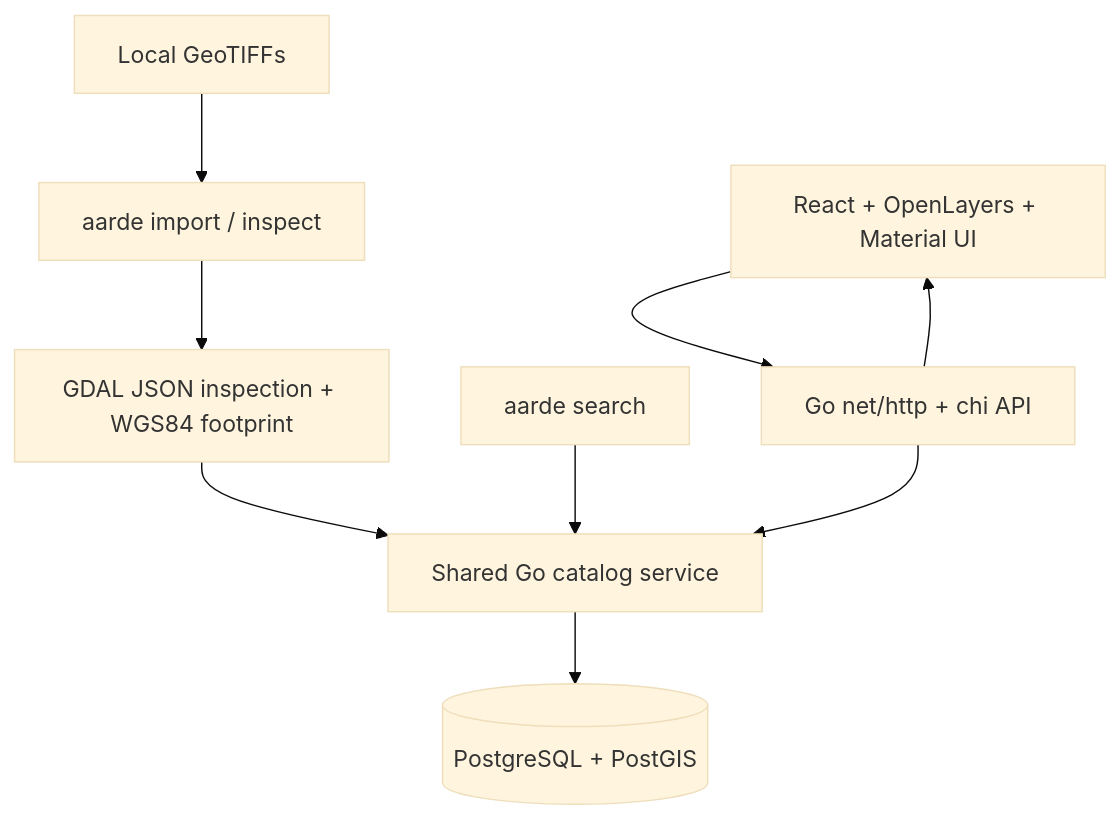
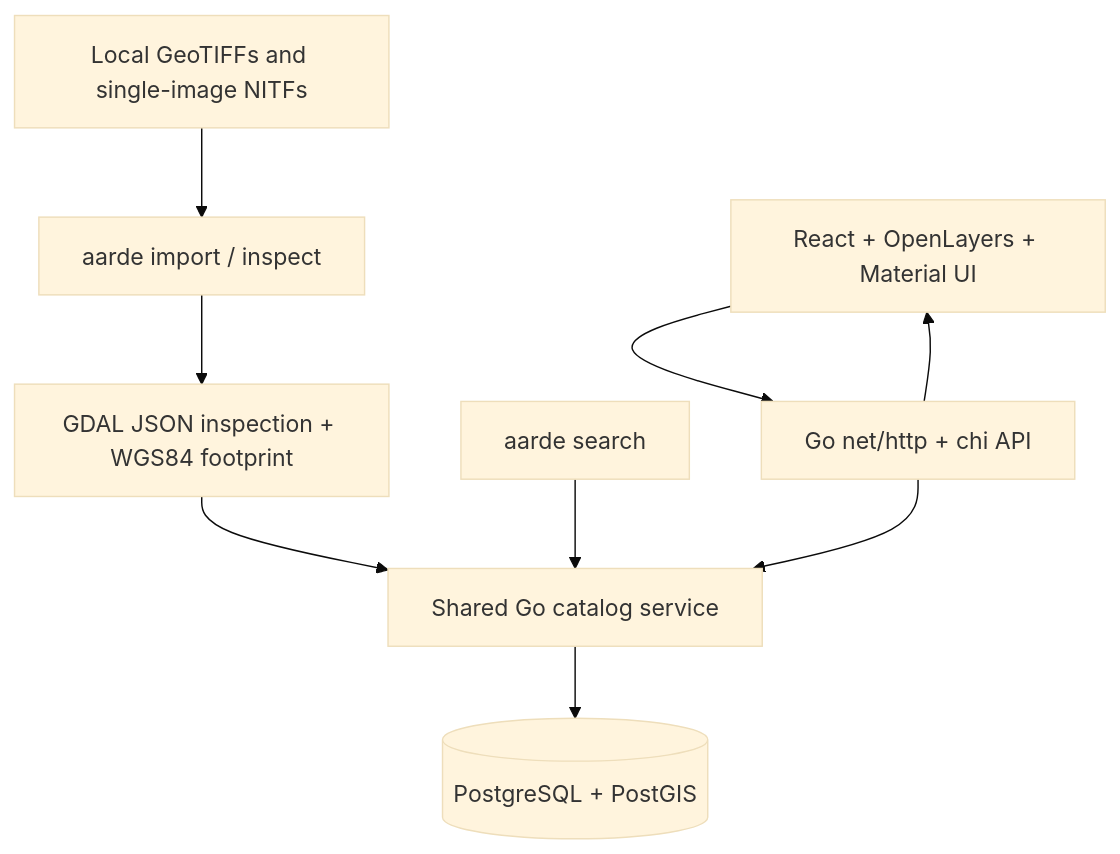
The diagram in README.md (GerhardOfRivia/aarde), drawn with Mermaid (base theme) before and after one commit. The commit also changed other lines of this file and 19 other files, not shown here.

Commit message:
feat: add single image NITF support

````diff
--- a/README.md
+++ b/README.md
@@ -47,11 +47,11 @@
 ```mermaid
 flowchart TD
-    Files[Local GeoTIFFs] --> CLI[aarde import / inspect]
+    Files[Local GeoTIFFs and single-image NITFs] --> CLI[aarde import / inspect]
     CLI --> GDAL[GDAL JSON inspection + WGS84 footprint]
     GDAL --> Catalog[Shared Go catalog service]
     SearchCLI[aarde search] --> Catalog
     UI[React + OpenLayers + Material UI] --> HTTP[Go net/http + chi API]
     HTTP --> Catalog
     Catalog --> DB[(PostgreSQL + PostGIS)]
     HTTP --> UI
 ```
````
